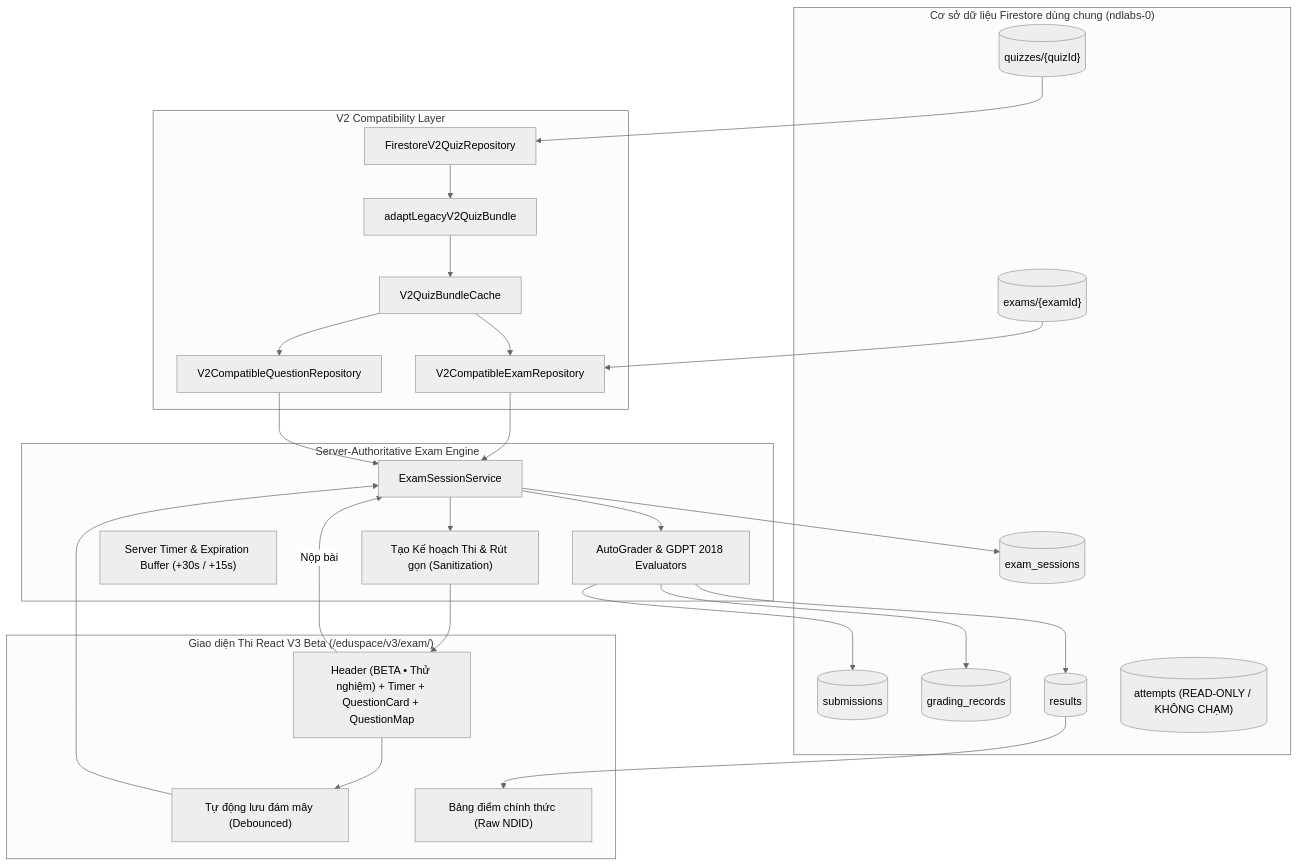
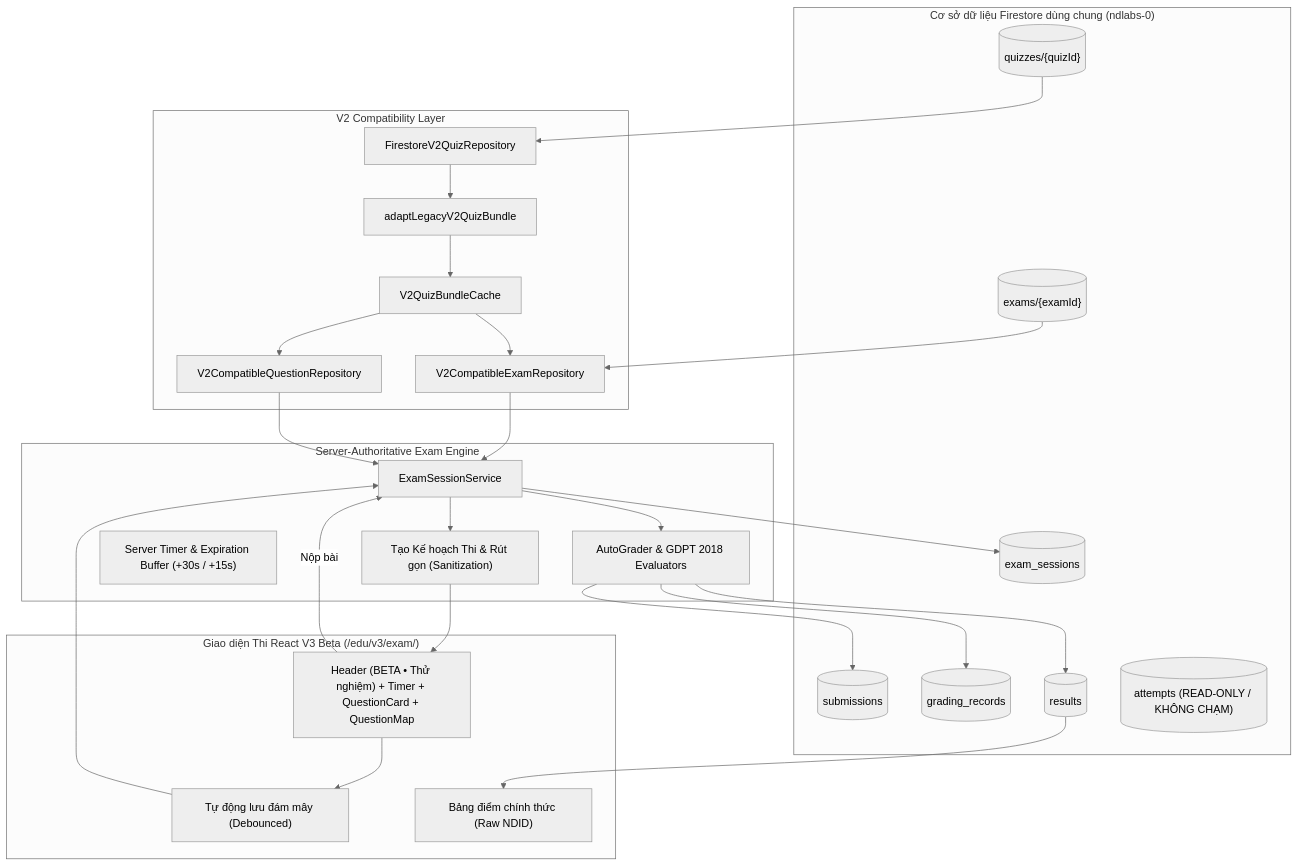
The diagram in docs/eduspace-v3-beta-exam.md (nd-site/nd-site.github.io), drawn with Mermaid (neutral theme) before and after one commit. The commit also changed other lines of this file and 1734 other files, not shown here.

````diff
--- a/docs/eduspace-v3-beta-exam.md
+++ b/docs/eduspace-v3-beta-exam.md
@@ -14,54 +14,54 @@
 ```mermaid
 flowchart TD
     subgraph Shared_Firestore ["Cơ sở dữ liệu Firestore dùng chung (ndlabs-0)"]
         V2_Quizzes[("quizzes/{quizId}")]
         V3_Exams[("exams/{examId}")]
         V3_Sessions[("exam_sessions")]
         V3_Submissions[("submissions")]
         V3_Gradings[("grading_records")]
         V3_Results[("results")]
         V2_Attempts[("attempts (READ-ONLY / KHÔNG CHẠM)")]
     end
 
     subgraph Compatibility_Layer ["V2 Compatibility Layer"]
         V2Reader["FirestoreV2QuizRepository"]
         Normalizer["adaptLegacyV2QuizBundle"]
         BundleCache["V2QuizBundleCache"]
         CompatExamRepo["V2CompatibleExamRepository"]
         CompatQuestionRepo["V2CompatibleQuestionRepository"]
     end
 
     subgraph V3_Engine ["Server-Authoritative Exam Engine"]
         SessionService["ExamSessionService"]
         ExecutionPlan["Tạo Kế hoạch Thi & Rút gọn (Sanitization)"]
         TimerSync["Server Timer & Expiration Buffer (+30s / +15s)"]
         AutoGrader["AutoGrader & GDPT 2018 Evaluators"]
     end
 
-    subgraph Client_Runner ["Giao diện Thi React V3 Beta (/eduspace/v3/exam/)"]
+    subgraph Client_Runner ["Giao diện Thi React V3 Beta (/edu/v3/exam/)"]
         RunnerUI["Header (BETA • Thử nghiệm) + Timer + QuestionCard + QuestionMap"]
         AutosaveClient["Tự động lưu đám mây (Debounced)"]
         ResultUI["Bảng điểm chính thức (Raw NDID)"]
     end
 
     V2_Quizzes --> V2Reader
     V2Reader --> Normalizer
     Normalizer --> BundleCache
     V3_Exams --> CompatExamRepo
     BundleCache --> CompatExamRepo
     BundleCache --> CompatQuestionRepo
 
     CompatExamRepo --> SessionService
     CompatQuestionRepo --> SessionService
     SessionService --> ExecutionPlan
     ExecutionPlan --> RunnerUI
     RunnerUI --> AutosaveClient
     AutosaveClient --> SessionService
     SessionService --> V3_Sessions
     RunnerUI -->|Nộp bài| SessionService
     SessionService --> AutoGrader
     AutoGrader --> V3_Submissions
     AutoGrader --> V3_Gradings
     AutoGrader --> V3_Results
     V3_Results --> ResultUI
 ```
````
